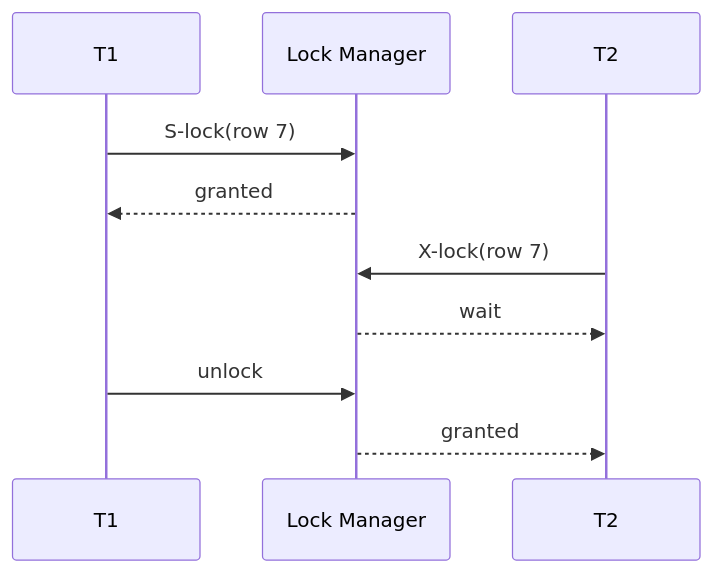
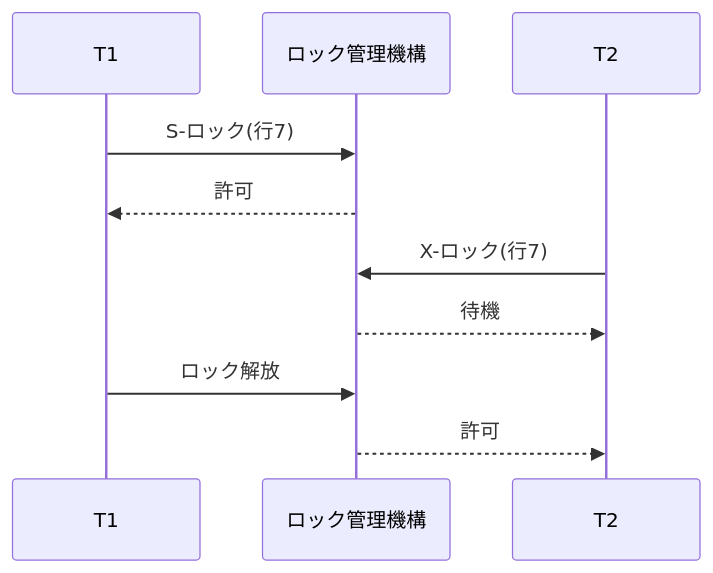
One commit to hirunebot/database-systems-book changed the first of 6 diagrams in src/content/docs/04-transactions/11-concurrency-control.md. Above: the diagram before and after it, drawn with Mermaid. The commit also changed other lines of this file and 42 other files, not shown here.

````diff
--- a/src/content/docs/04-transactions/11-concurrency-control.md
+++ b/src/content/docs/04-transactions/11-concurrency-control.md
@@ -38,12 +38,12 @@
 ```mermaid
 sequenceDiagram
     participant T1
-    participant LM as Lock Manager
+    participant LM as ロック管理機構
     participant T2
-    T1->>LM: S-lock(row 7)
-    LM-->>T1: granted
-    T2->>LM: X-lock(row 7)
-    LM-->>T2: wait
-    T1->>LM: unlock
-    LM-->>T2: granted
+    T1->>LM: S-ロック(行7)
+    LM-->>T1: 許可
+    T2->>LM: X-ロック(行7)
+    LM-->>T2: 待機
+    T1->>LM: ロック解放
+    LM-->>T2: 許可
 ```
````
